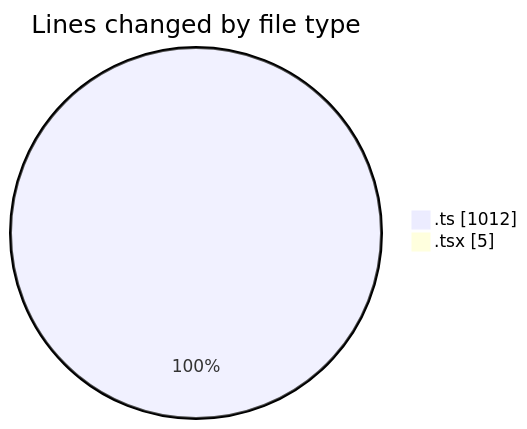
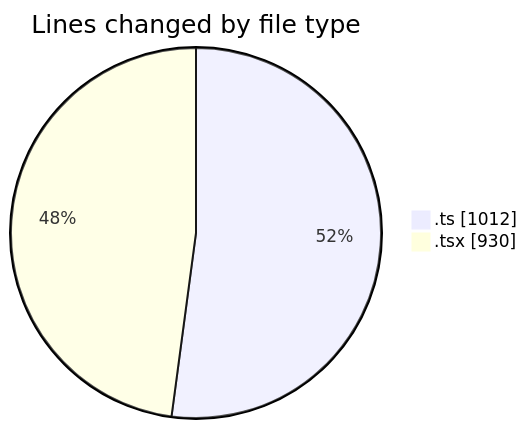
The first of 2 diagrams in 2026-05-04/nxtqube_webapp/README.md (nxtqubesakshisongat/code-tracking), drawn with Mermaid before and after one commit. The commit also changed other lines of this file and 1 other file, not shown here.

````diff
--- a/2026-05-04/nxtqube_webapp/README.md
+++ b/2026-05-04/nxtqube_webapp/README.md
@@ -22,6 +23,6 @@
 ```mermaid
 pie showData
 title Lines changed by file type
 ".ts" : 1012
-".tsx" : 5
+".tsx" : 930
 ```
````
